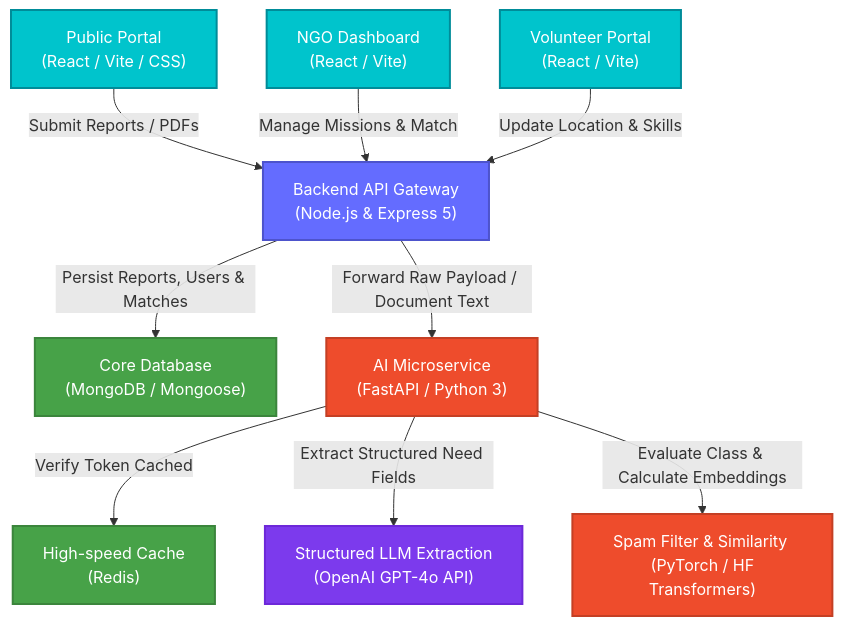
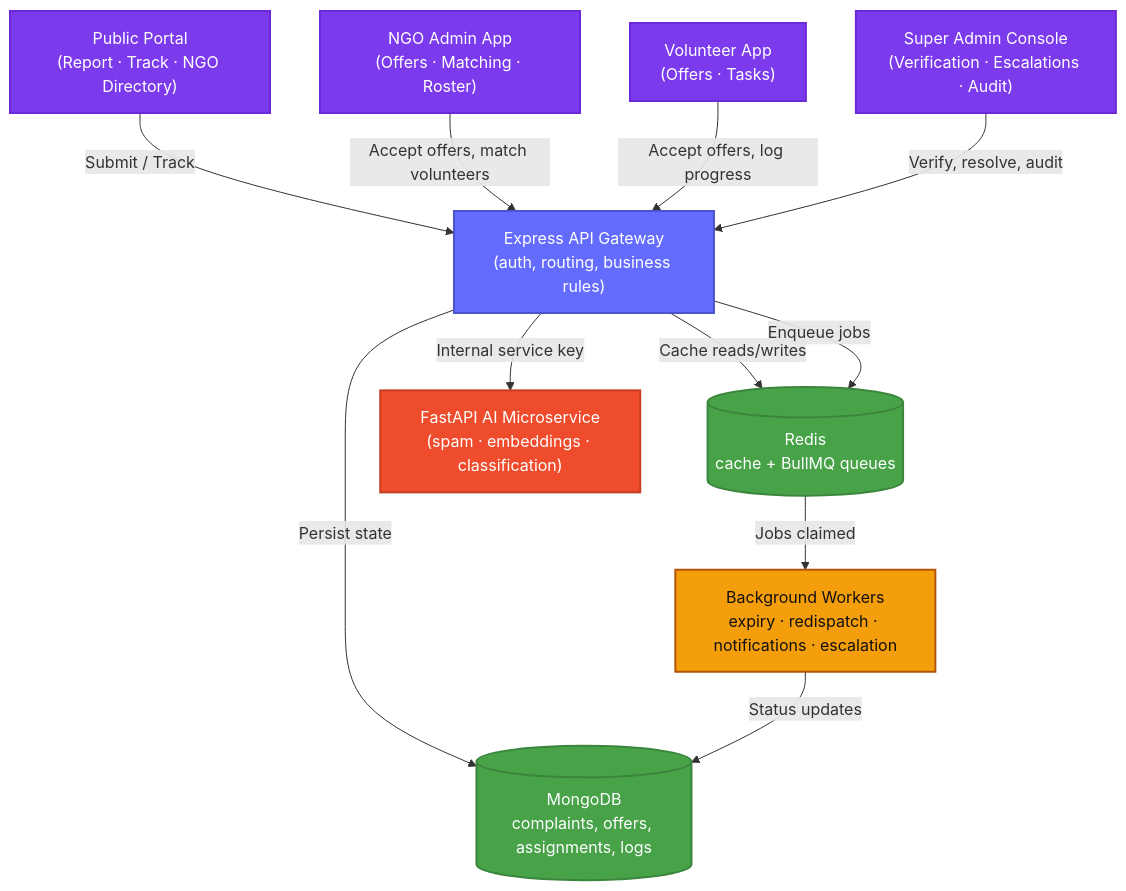
The diagram in README.md (Gauravkachwaha/ReliefSync), drawn with Mermaid before and after one commit. The commit also changed other lines of this file and 81 other files, not shown here.

````diff
--- a/README.md
+++ b/README.md
@@ -61,35 +98,31 @@
 ```mermaid
 graph TD
-    classDef client fill:#00c4cc,stroke:#008c99,stroke-width:2px,color:#fff;
+    classDef client fill:#7c3aed,stroke:#6d28d9,stroke-width:2px,color:#fff;
     classDef server fill:#646cff,stroke:#4d53cc,stroke-width:2px,color:#fff;
     classDef db fill:#47a248,stroke:#3b853c,stroke-width:2px,color:#fff;
     classDef ai fill:#ee4c2c,stroke:#c43f24,stroke-width:2px,color:#fff;
-    classDef ext fill:#7c3aed,stroke:#6d28d9,stroke-width:2px,color:#fff;
+    classDef worker fill:#f59e0b,stroke:#b45309,stroke-width:2px,color:#111;
 
-    %% Ingestion Layer
-    PublicPortal["Public Portal <br> (React / Vite / CSS)"]:::client
-    NgoDashboard["NGO Dashboard <br> (React / Vite)"]:::client
-    VolunteerPortal["Volunteer Portal <br> (React / Vite)"]:::client
-    
-    %% Coordination Layer
-    ExpressAPI["Backend API Gateway <br> (Node.js & Express 5)"]:::server
-    Mongo["Core Database <br> (MongoDB / Mongoose)"]:::db
-    
-    %% Intelligent Processing Layer
-    AIService["AI Microservice <br> (FastAPI / Python 3)"]:::ai
-    Redis["High-speed Cache <br> (Redis)"]:::db
-    OpenAI["Structured LLM Extraction <br> (OpenAI GPT-4o API)"]:::ext
-    Transformers["Spam Filter & Similarity <br> (PyTorch / HF Transformers)"]:::ai
-    
-    %% Telemetry Paths
-    PublicPortal -->|Submit Reports / PDFs| ExpressAPI
-    NgoDashboard -->|Manage Missions & Match| ExpressAPI
-    VolunteerPortal -->|Update Location & Skills| ExpressAPI
-    
-    ExpressAPI -->|Persist Reports, Users & Matches| Mongo
-    ExpressAPI -->|Forward Raw Payload / Document Text| AIService
-    
-    AIService -->|Verify Token Cached| Redis
-    AIService -->|Extract Structured Need Fields| OpenAI
-    AIService -->|Evaluate Class & Calculate Embeddings| Transformers
+    Public["Public Portal<br/>(Report · Track · NGO Directory)"]:::client
+    NgoApp["NGO Admin App<br/>(Offers · Matching · Roster)"]:::client
+    VolApp["Volunteer App<br/>(Offers · Tasks)"]:::client
+    AdminApp["Super Admin Console<br/>(Verification · Escalations · Audit)"]:::client
+
+    API["Express API Gateway<br/>(auth, routing, business rules)"]:::server
+    Mongo[("MongoDB<br/>complaints, offers, assignments, logs")]:::db
+    Redis[("Redis<br/>cache + BullMQ queues")]:::db
+    AI["FastAPI AI Microservice<br/>(spam · embeddings · classification)"]:::ai
+    Worker["Background Workers<br/>expiry · redispatch · notifications · escalation"]:::worker
+
+    Public -->|Submit / Track| API
+    NgoApp -->|Accept offers, match volunteers| API
+    VolApp -->|Accept offers, log progress| API
+    AdminApp -->|Verify, resolve, audit| API
+
+    API -->|Persist state| Mongo
+    API -->|Internal service key| AI
+    API -->|Cache reads/writes| Redis
+    API -->|Enqueue jobs| Redis
+    Redis -->|Jobs claimed| Worker
+    Worker -->|Status updates| Mongo
 ```
````
